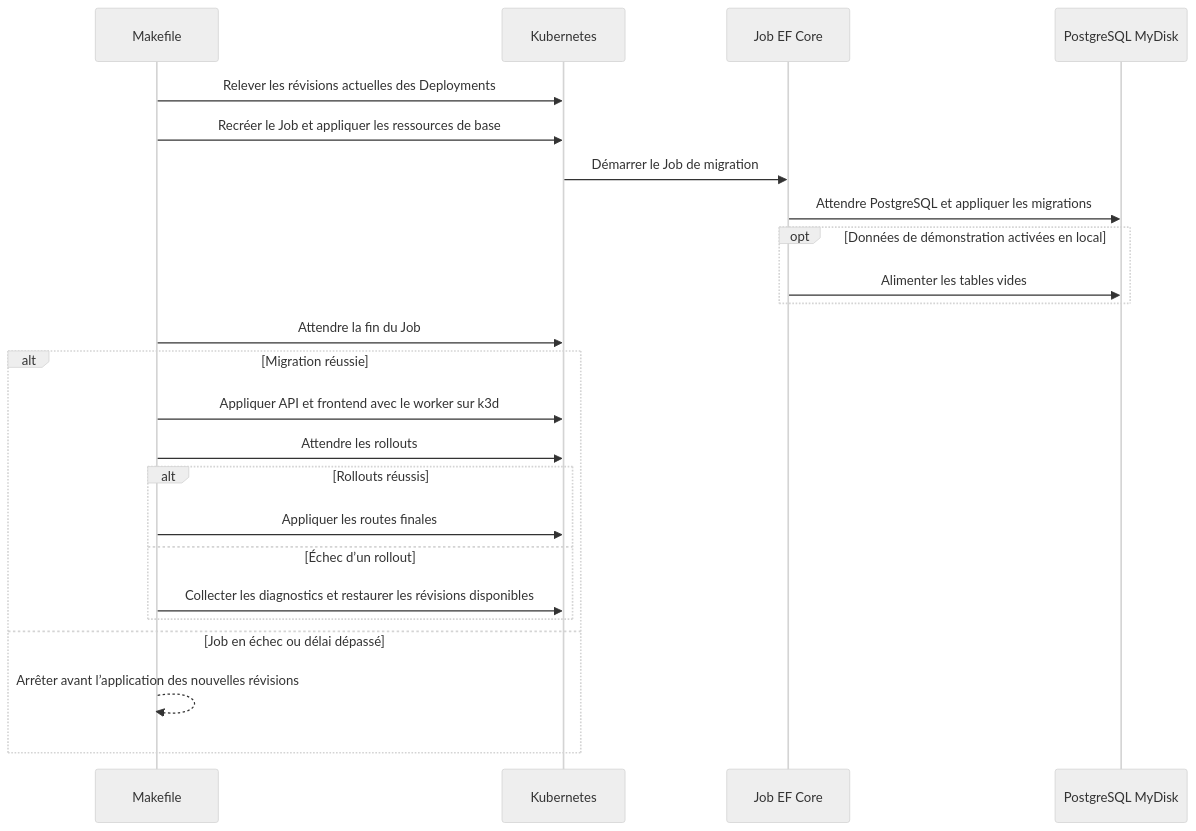
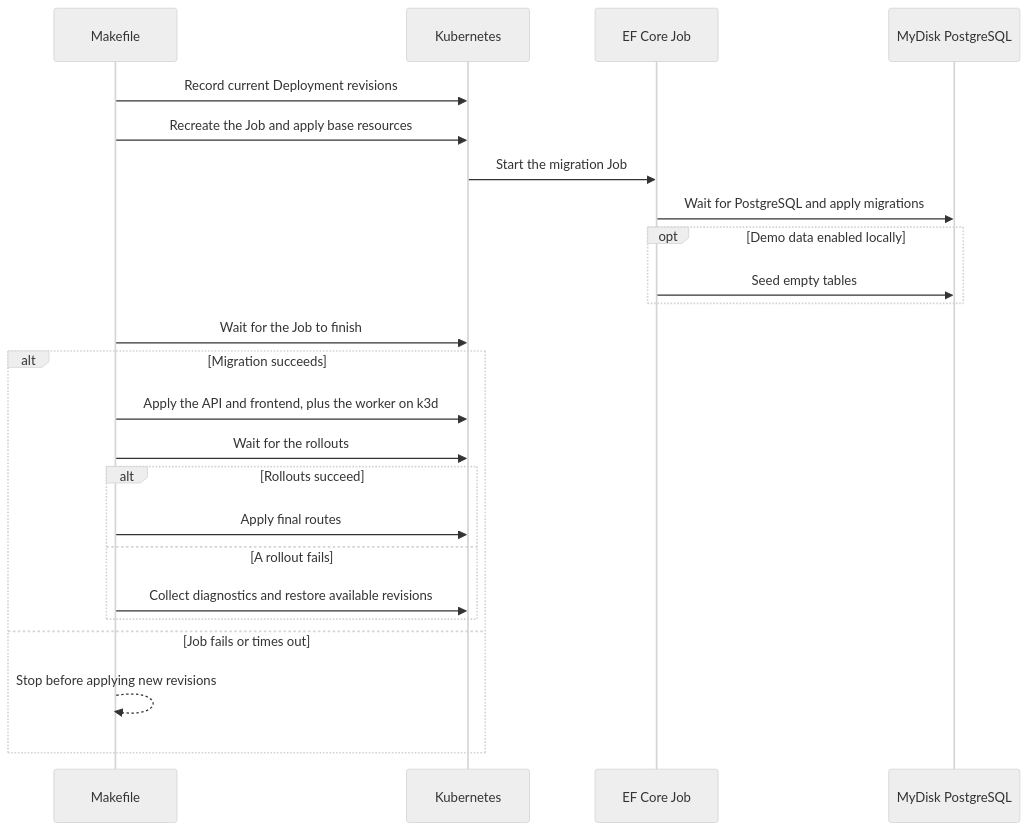
One commit to Fabian-Raeskinet/mydisk-api changed the fifth of 5 diagrams in docs/ARCHITECTURE.md. Above: the diagram before and after it, drawn with Mermaid (neutral theme). The commit also changed other lines of this file and 5 other files, not shown here.

Commit message:
update documentation: rename use cases file and translate architecture content to English

````diff
--- a/docs/ARCHITECTURE.md
+++ b/docs/ARCHITECTURE.md
@@ -154,26 +154,26 @@
 ```mermaid
 sequenceDiagram
     participant Make as Makefile
     participant K8s as Kubernetes
-    participant Job as Job EF Core
-    participant PG as PostgreSQL MyDisk
-    Make->>K8s: Relever les révisions actuelles des Deployments
-    Make->>K8s: Recréer le Job et appliquer les ressources de base
-    K8s->>Job: Démarrer le Job de migration
-    Job->>PG: Attendre PostgreSQL et appliquer les migrations
-    opt Données de démonstration activées en local
-        Job->>PG: Alimenter les tables vides
+    participant Job as EF Core Job
+    participant PG as MyDisk PostgreSQL
+    Make->>K8s: Record current Deployment revisions
+    Make->>K8s: Recreate the Job and apply base resources
+    K8s->>Job: Start the migration Job
+    Job->>PG: Wait for PostgreSQL and apply migrations
+    opt Demo data enabled locally
+        Job->>PG: Seed empty tables
     end
-    Make->>K8s: Attendre la fin du Job
-    alt Migration réussie
-        Make->>K8s: Appliquer API et frontend avec le worker sur k3d
-        Make->>K8s: Attendre les rollouts
-        alt Rollouts réussis
-            Make->>K8s: Appliquer les routes finales
-        else Échec d’un rollout
-            Make->>K8s: Collecter les diagnostics et restaurer les révisions disponibles
+    Make->>K8s: Wait for the Job to finish
+    alt Migration succeeds
+        Make->>K8s: Apply the API and frontend, plus the worker on k3d
+        Make->>K8s: Wait for the rollouts
+        alt Rollouts succeed
+            Make->>K8s: Apply final routes
+        else A rollout fails
+            Make->>K8s: Collect diagnostics and restore available revisions
         end
-    else Job en échec ou délai dépassé
-        Make-->>Make: Arrêter avant l’application des nouvelles révisions
+    else Job fails or times out
+        Make-->>Make: Stop before applying new revisions
     end
 ```
````
